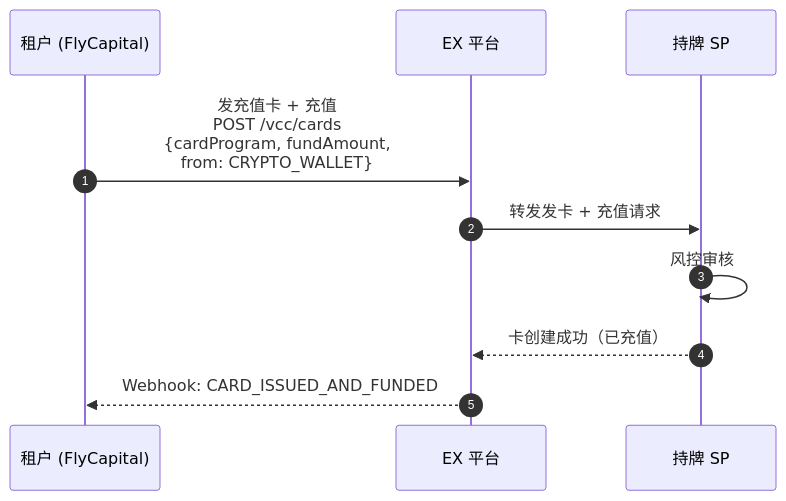
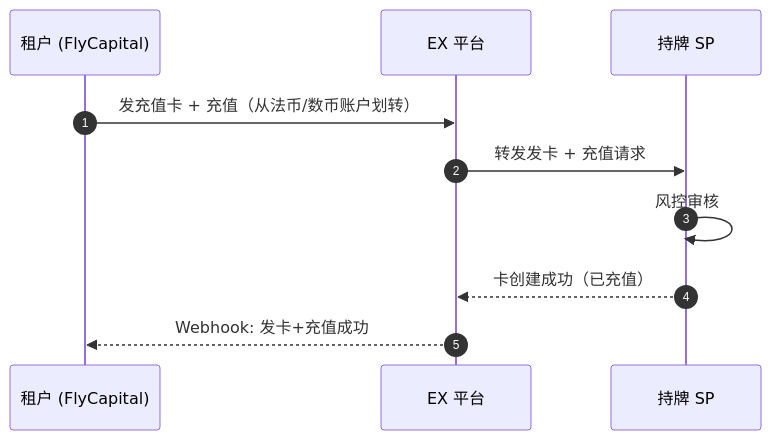
Before and after one commit to xiaoxiaoangie/EX-NEW: the seventh of 9 diagrams in Solutions/solutions/API-SOLUTION/ex-API-vcc-solution.md, drawn with Mermaid. The commit also changed other lines of this file and 18 other files, not shown here.

````diff
--- a/Solutions/solutions/API-SOLUTION/ex-API-vcc-solution.md
+++ b/Solutions/solutions/API-SOLUTION/ex-API-vcc-solution.md
@@ -299,13 +310,13 @@
 ```mermaid
 sequenceDiagram
     autonumber
     participant T as 租户 (FlyCapital)
     participant EX as EX 平台
     participant SP as 持牌 SP
 
-    T->>EX: 发充值卡 + 充值<br/>POST /vcc/cards<br/>{cardProgram, fundAmount,<br/>from: CRYPTO_WALLET}
+    T->>EX: 发充值卡 + 充值（从法币/数币账户划转）
     EX->>SP: 转发发卡 + 充值请求
     SP->>SP: 风控审核
     SP-->>EX: 卡创建成功（已充值）
-    EX-->>T: Webhook: CARD_ISSUED_AND_FUNDED
+    EX-->>T: Webhook: 发卡+充值成功
 ```
````
